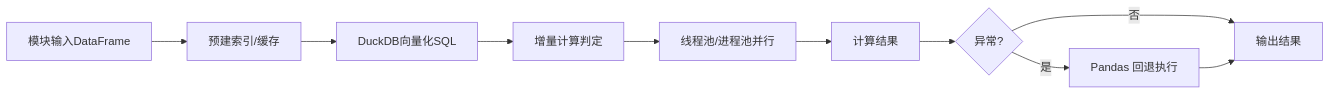
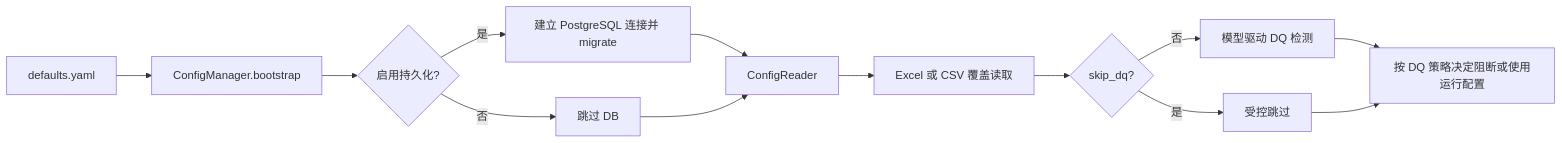
The third of 5 diagrams in docs/architecture/architecture.md (senzhang-ps/chainsight), drawn with Mermaid before and after one commit. The commit also changed other lines of this file and 14 other files, not shown here.

````diff
--- a/docs/architecture/architecture.md
+++ b/docs/architecture/architecture.md
@@ -888,12 +178,15 @@
 ```mermaid
 flowchart LR
-    A["模块输入DataFrame"] --> B["预建索引/缓存"]
-    B --> C["DuckDB向量化SQL"]
-    C --> D["增量计算判定"]
-    D --> E["线程池/进程池并行"]
-    E --> F["计算结果"]
-    F --> G{"异常?"}
-    G -->|否| H["输出结果"]
-    G -->|是| I["Pandas 回退执行"]
-    I --> H
+    A[defaults.yaml] --> B[ConfigManager.bootstrap]
+    B --> C{启用持久化?}
+    C -->|是| D[建立 PostgreSQL 连接并 migrate]
+    C -->|否| E[跳过 DB]
+    D --> F[ConfigReader]
+    E --> F
+    F --> G[Excel 或 CSV 覆盖读取]
+    G --> H{skip_dq?}
+    H -->|否| I[模型驱动 DQ 检测]
+    H -->|是| J[受控跳过]
+    I --> K[按 DQ 策略决定阻断或使用运行配置]
+    J --> K
 ```
````
